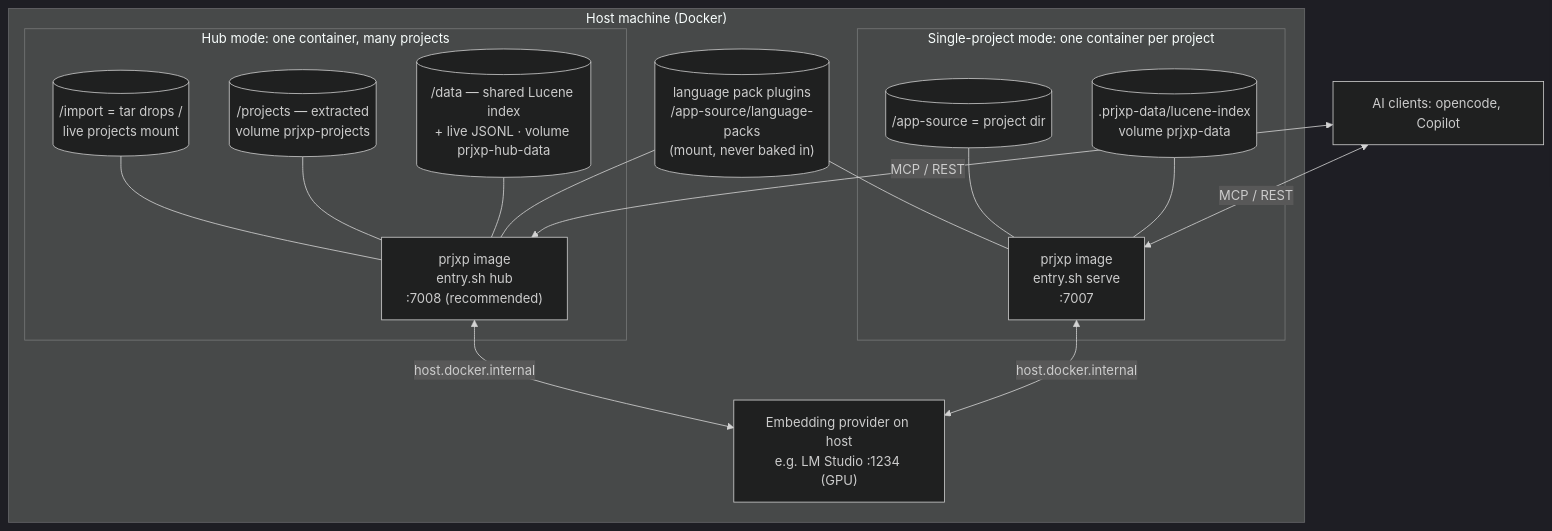
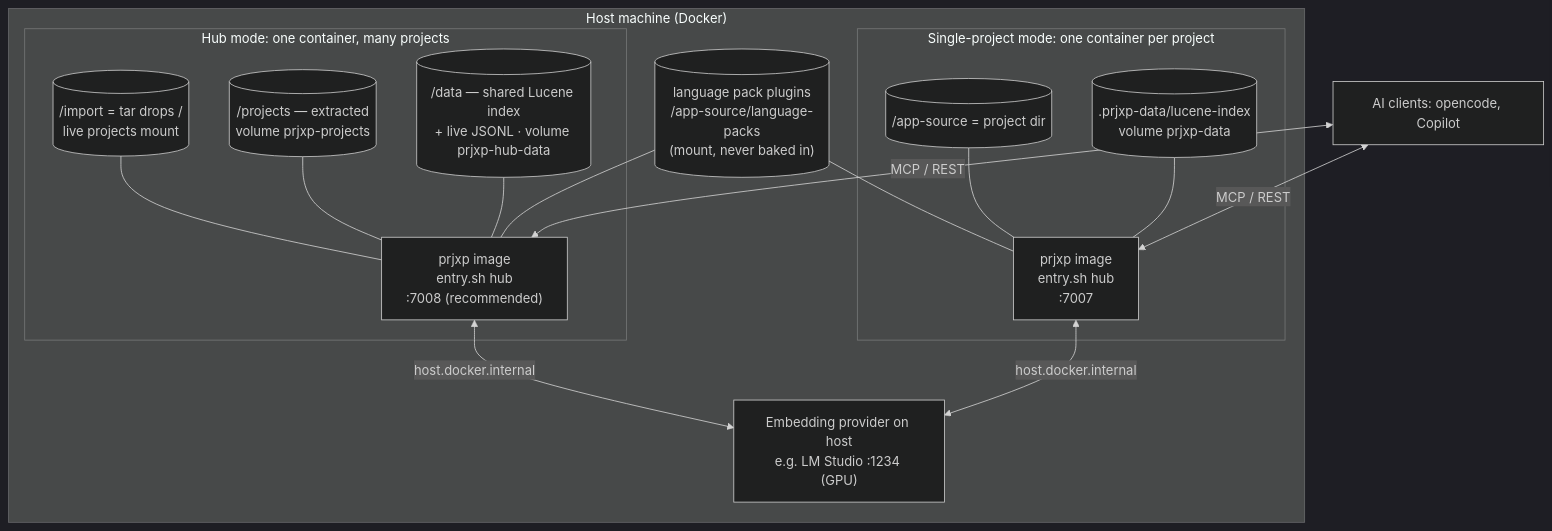
One commit to carstenSpraener/prjxp changed the first of 2 diagrams in doc/arc42/07_deployment_view.md. Above: the diagram before and after it, drawn with Mermaid (dark theme). The commit also changed other lines of this file and 20 other files, not shown here.

````diff
--- a/doc/arc42/07_deployment_view.md
+++ b/doc/arc42/07_deployment_view.md
@@ -5,29 +5,29 @@
 ```mermaid
 flowchart TB
     subgraph host ["Host machine (Docker)"]
         subgraph single ["Single-project mode: one container per project"]
-            C1["prjxp image<br/>entry.sh serve<br/>:7007"]
+            C1["prjxp image<br/>entry.sh hub<br/>:7007"]
             M1[("/app-source = project dir")]
             I1[(".prjxp-data/lucene-index<br/>volume prjxp-data")]
         end
 
         subgraph hub ["Hub mode: one container, many projects"]
             C2["prjxp image<br/>entry.sh hub<br/>:7008 (recommended)"]
             M2[("/import = tar drops /<br/>live projects mount")]
             P2[("/projects — extracted<br/>volume prjxp-projects")]
             D2[("/data — shared Lucene index<br/>+ live JSONL · volume prjxp-hub-data")]
         end
 
         LP[("language pack plugins<br/>/app-source/language-packs<br/>(mount, never baked in)")]
         EMB["Embedding provider on host<br/>e.g. LM Studio :1234 (GPU)"]
     end
 
     M1 --- C1
     I1 --- C1
     M2 & P2 & D2 --- C2
     LP --- C1 & C2
     C1 <-->|"host.docker.internal"| EMB
     C2 <-->|"host.docker.internal"| EMB
 
     AI["AI clients: opencode, Copilot"] <-->|"MCP / REST"| C1 & C2
 ```
````
